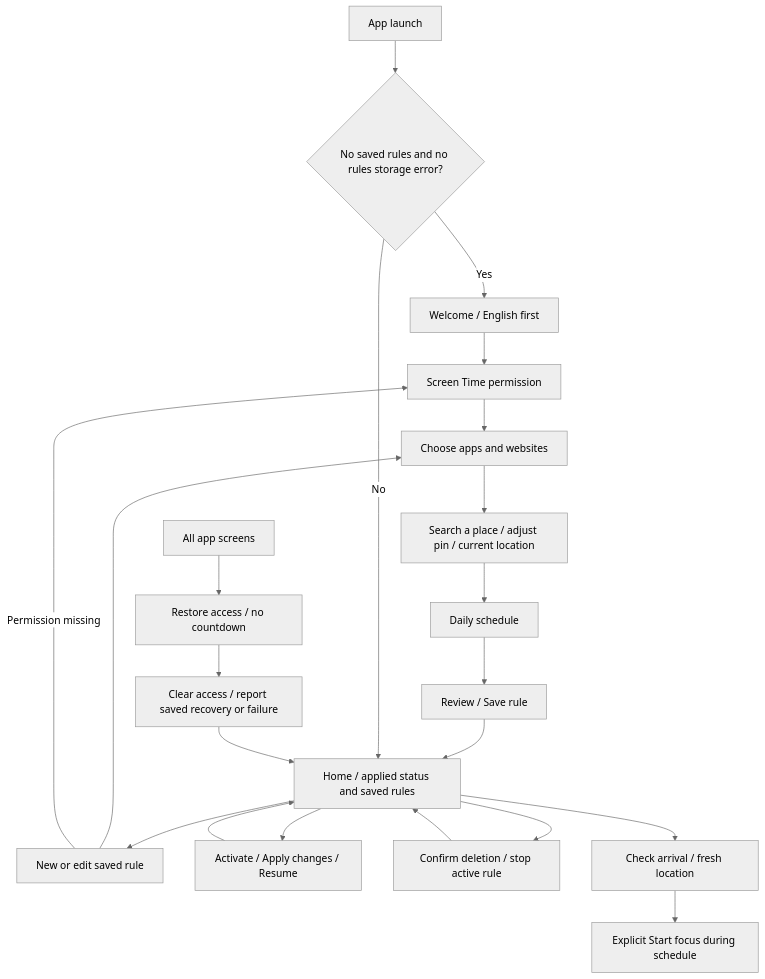
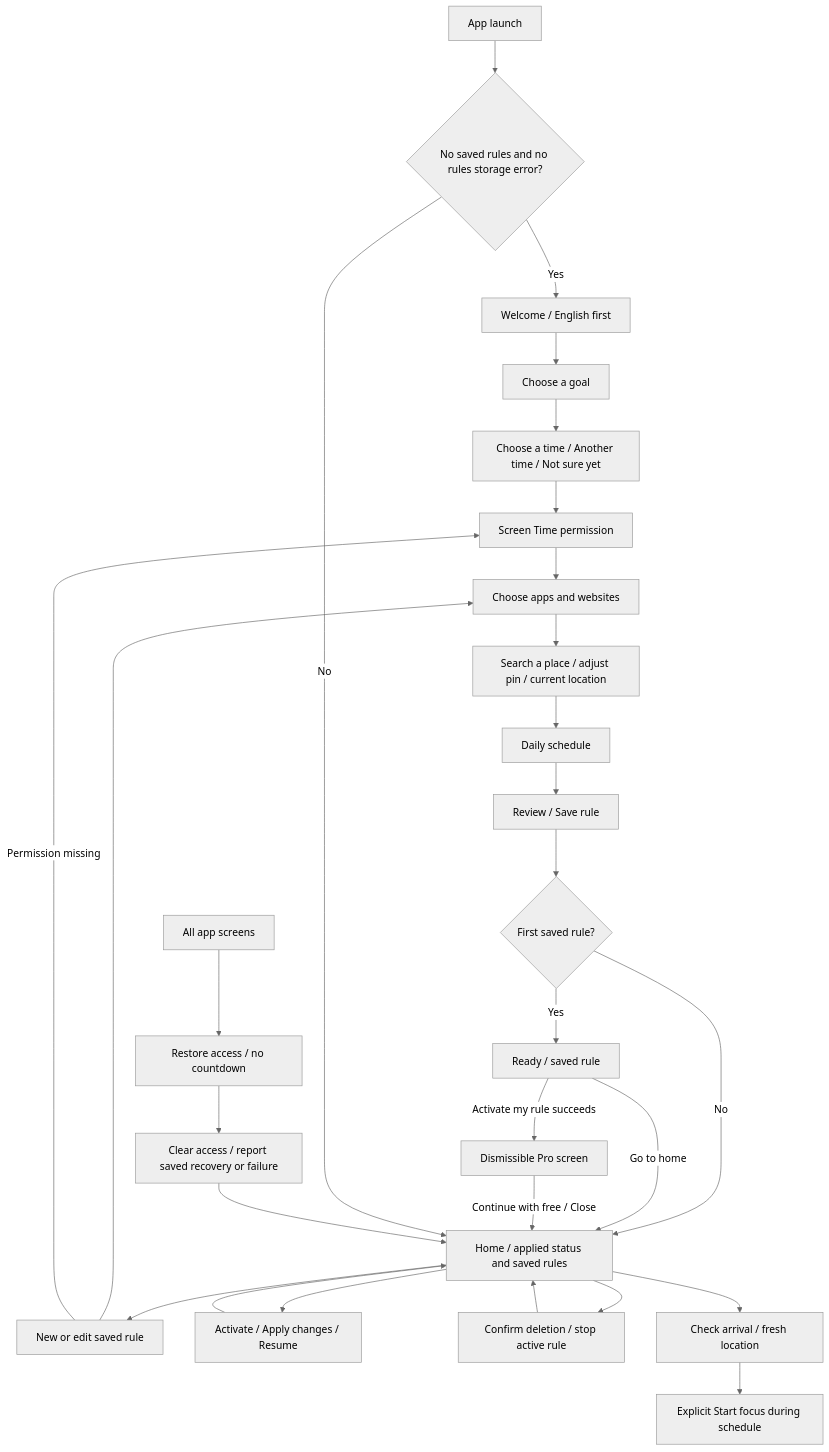
One commit to crazydumbbell/offzone changed the first of 6 diagrams in APP_GRAPH.md. Above: the diagram before and after it, drawn with Mermaid (neutral theme). The commit also changed other lines of this file and 15 other files, not shown here.

Commit message:
Add flexible onboarding time and post-activation Pro screen

````diff
--- a/APP_GRAPH.md
+++ b/APP_GRAPH.md
@@ -44,24 +48,31 @@
 ```mermaid
 flowchart TD
   Entry[App launch] --> Check{No saved rules and no rules storage error?}
   Check -->|Yes| Welcome[Welcome / English first]
-  Welcome --> Permission[Screen Time permission]
+  Welcome --> Goal[Choose a goal]
+  Goal --> Rhythm[Choose a time / Another time / Not sure yet]
+  Rhythm --> Permission[Screen Time permission]
   Permission --> Targets[Choose apps and websites]
   Targets --> Place[Search a place / adjust pin / current location]
   Place --> Schedule[Daily schedule]
   Schedule --> Review[Review / Save rule]
-  Review --> Home[Home / applied status and saved rules]
+  Review --> Save{First saved rule?}
+  Save -->|Yes| Ready[Ready / saved rule]
+  Save -->|No| Home[Home / applied status and saved rules]
+  Ready -->|Activate my rule succeeds| Paywall[Dismissible Pro screen]
+  Ready -->|Go to home| Home
+  Paywall -->|Continue with free / Close| Home
   Check -->|No| Home
   Home --> Edit[New or edit saved rule]
   Edit --> Targets
   Edit -->|Permission missing| Permission
   Home --> Apply[Activate / Apply changes / Resume]
   Apply --> Home
   Home --> Delete[Confirm deletion / stop active rule]
   Delete --> Home
   Home --> Arrival[Check arrival / fresh location]
   Arrival --> Start[Explicit Start focus during schedule]
   Screens[All app screens] --> Restore[Restore access / no countdown]
   Restore --> Result[Clear access / report saved recovery or failure]
   Result --> Home
 ```
````
